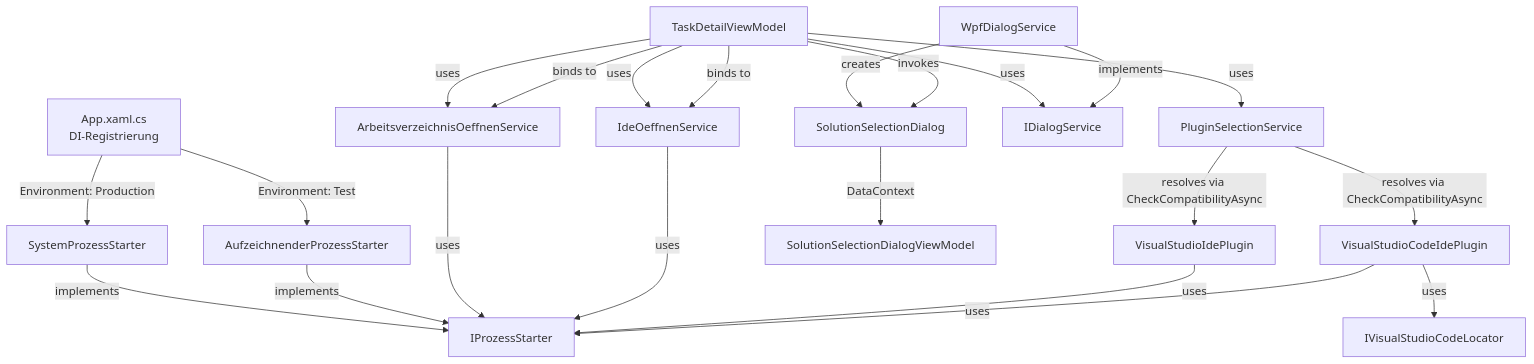
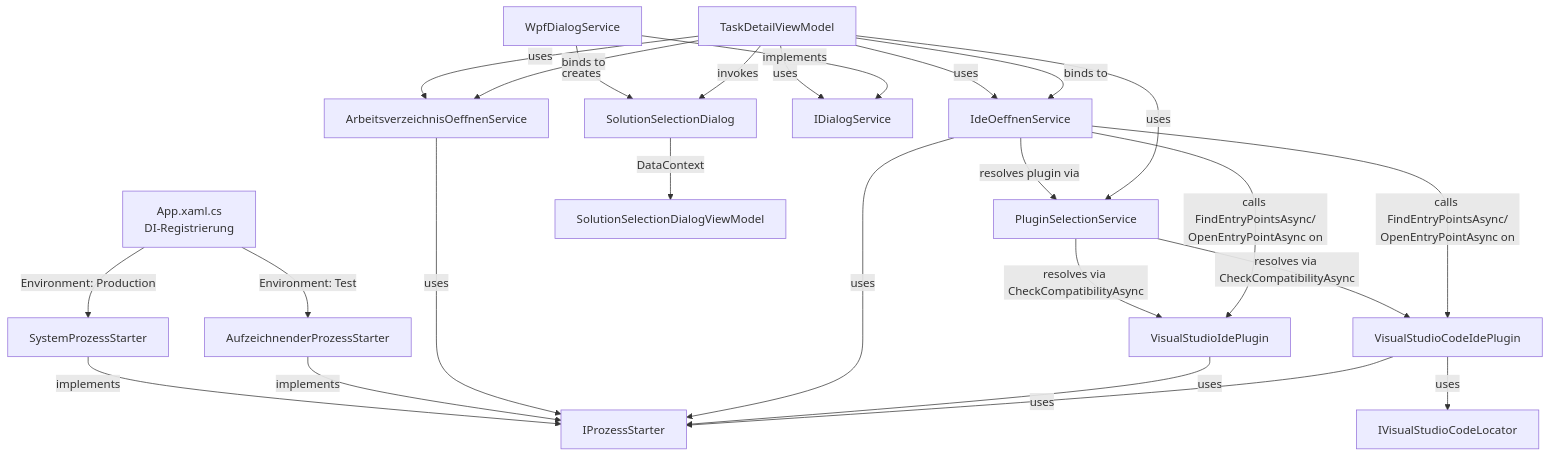
One commit to martin-stromberg/Softwareschmiede changed the diagram in docs/help/dateisystem-integration/architektur.md. Above: the diagram before and after it, drawn with Mermaid. The commit also changed other lines of this file and 21 other files, not shown here.

````diff
--- a/docs/help/dateisystem-integration/architektur.md
+++ b/docs/help/dateisystem-integration/architektur.md
@@ -157,31 +165,34 @@
 ```mermaid
 graph TD
     A["App.xaml.cs<br/>DI-Registrierung"]
     A -->|Environment: Production| B["SystemProzessStarter"]
     A -->|Environment: Test| C["AufzeichnenderProzessStarter"]
     
     B -->|implements| D["IProzessStarter"]
     C -->|implements| D
     
     E["ArbeitsverzeichnisOeffnenService"] -->|uses| D
     F["IdeOeffnenService"] -->|uses| D
     L["VisualStudioIdePlugin"] -->|uses| D
     M["VisualStudioCodeIdePlugin"] -->|uses| D
     M -->|uses| N["IVisualStudioCodeLocator"]
 
     P["PluginSelectionService"] -->|resolves via CheckCompatibilityAsync| L
     P -->|resolves via CheckCompatibilityAsync| M
+    F -->|resolves plugin via| P
+    F -->|calls FindEntryPointsAsync/<br/>OpenEntryPointAsync on| L
+    F -->|calls FindEntryPointsAsync/<br/>OpenEntryPointAsync on| M
 
     G["TaskDetailViewModel"] -->|uses| E
     G -->|uses| F
     G -->|uses| P
     G -->|uses| H["IDialogService"]
     
     I["WpfDialogService"] -->|implements| H
     I -->|creates| J["SolutionSelectionDialog"]
     J -->|DataContext| K["SolutionSelectionDialogViewModel"]
     
     G -->|invokes| J
     G -->|binds to| E
     G -->|binds to| F
 ```
````
